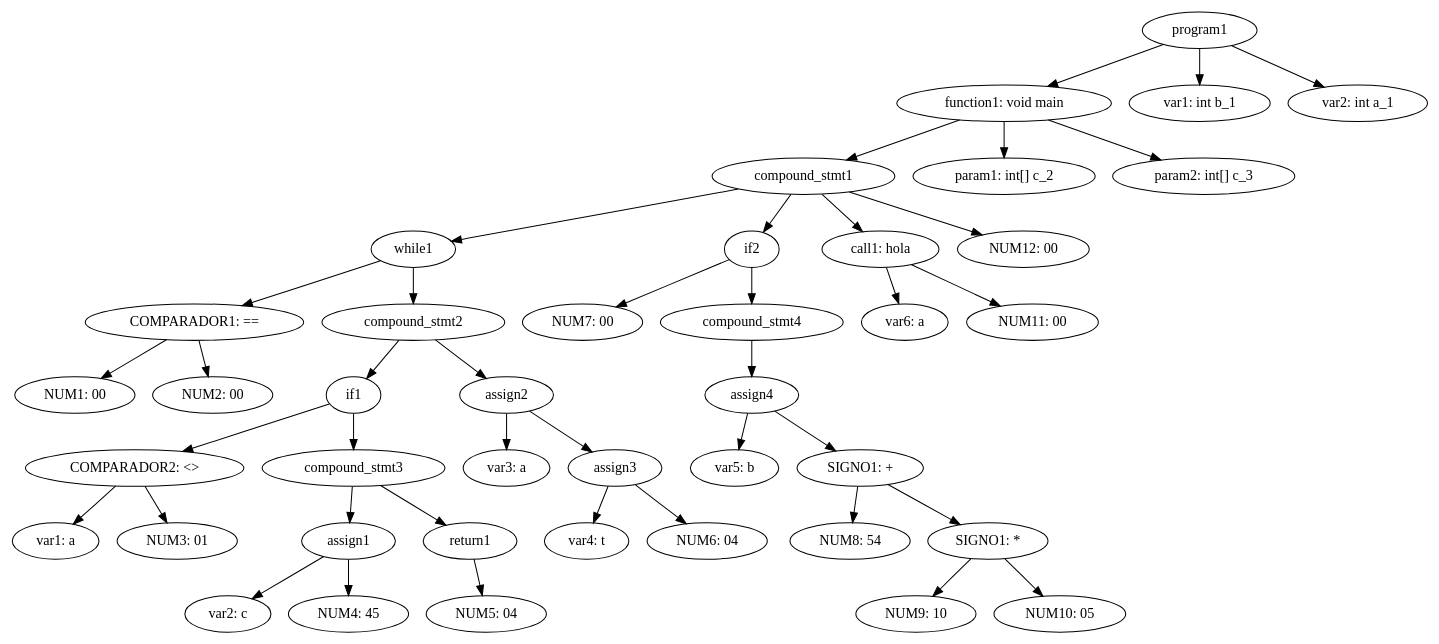
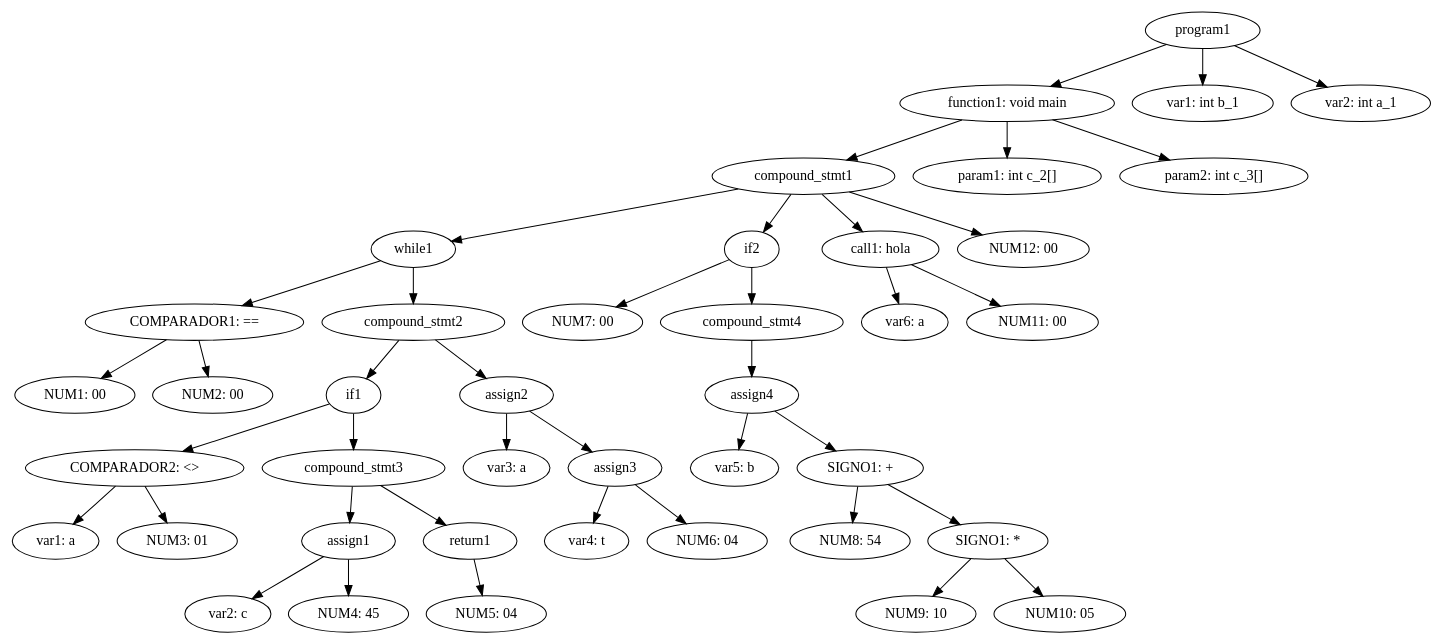
One commit to PabloFB18/taller-compiladores changed the diagram in parser_examples/out2.dot. Above: the diagram before and after it, drawn with Graphviz. The commit also changed 11 other files, not shown here.

```diff
--- a/parser_examples/out2.dot
+++ b/parser_examples/out2.dot
@@ -1,42 +1,42 @@
 digraph G {
 	"program1" -> "function1: void main"
 	"function1: void main" -> "compound_stmt1"
 	"compound_stmt1" -> "while1"
 	"while1" -> "COMPARADOR1: =="
 	"COMPARADOR1: ==" -> "NUM1: 00"
 	"COMPARADOR1: ==" -> "NUM2: 00"
 	"while1" -> "compound_stmt2"
 	"compound_stmt2" -> "if1"
 	"if1" -> "COMPARADOR2: <>"
 	"COMPARADOR2: <>" -> "var1: a"
 	"COMPARADOR2: <>" -> "NUM3: 01"
 	"if1" -> "compound_stmt3"
 	"compound_stmt3" -> "assign1"
 	"assign1" -> "var2: c"
 	"assign1" -> "NUM4: 45"
 	"compound_stmt3" -> "return1"
 	"return1" -> "NUM5: 04"
 	"compound_stmt2" -> "assign2"
 	"assign2" -> "var3: a"
 	"assign2" -> "assign3"
 	"assign3" -> "var4: t"
 	"assign3" -> "NUM6: 04"
 	"compound_stmt1" -> "if2"
 	"if2" -> "NUM7: 00"
 	"if2" -> "compound_stmt4"
 	"compound_stmt4" -> "assign4"
 	"assign4" -> "var5: b"
 	"assign4" -> "SIGNO1: +"
 	"SIGNO1: +" -> "NUM8: 54"
 	"SIGNO1: +" -> "SIGNO1: *"
 	"SIGNO1: *" -> "NUM9: 10"
 	"SIGNO1: *" -> "NUM10: 05"
 	"compound_stmt1" -> "call1: hola"
 	"call1: hola" -> "var6: a"
 	"call1: hola" -> "NUM11: 00"
 	"compound_stmt1" -> "NUM12: 00"
-	"function1: void main" -> "param1: int[] c_2"
-	"function1: void main" -> "param2: int[] c_3"
+	"function1: void main" -> "param1: int c_2[] "
+	"function1: void main" -> "param2: int c_3[] "
 	"program1" -> "var1: int b_1"
 	"program1" -> "var2: int a_1"
 }
```
